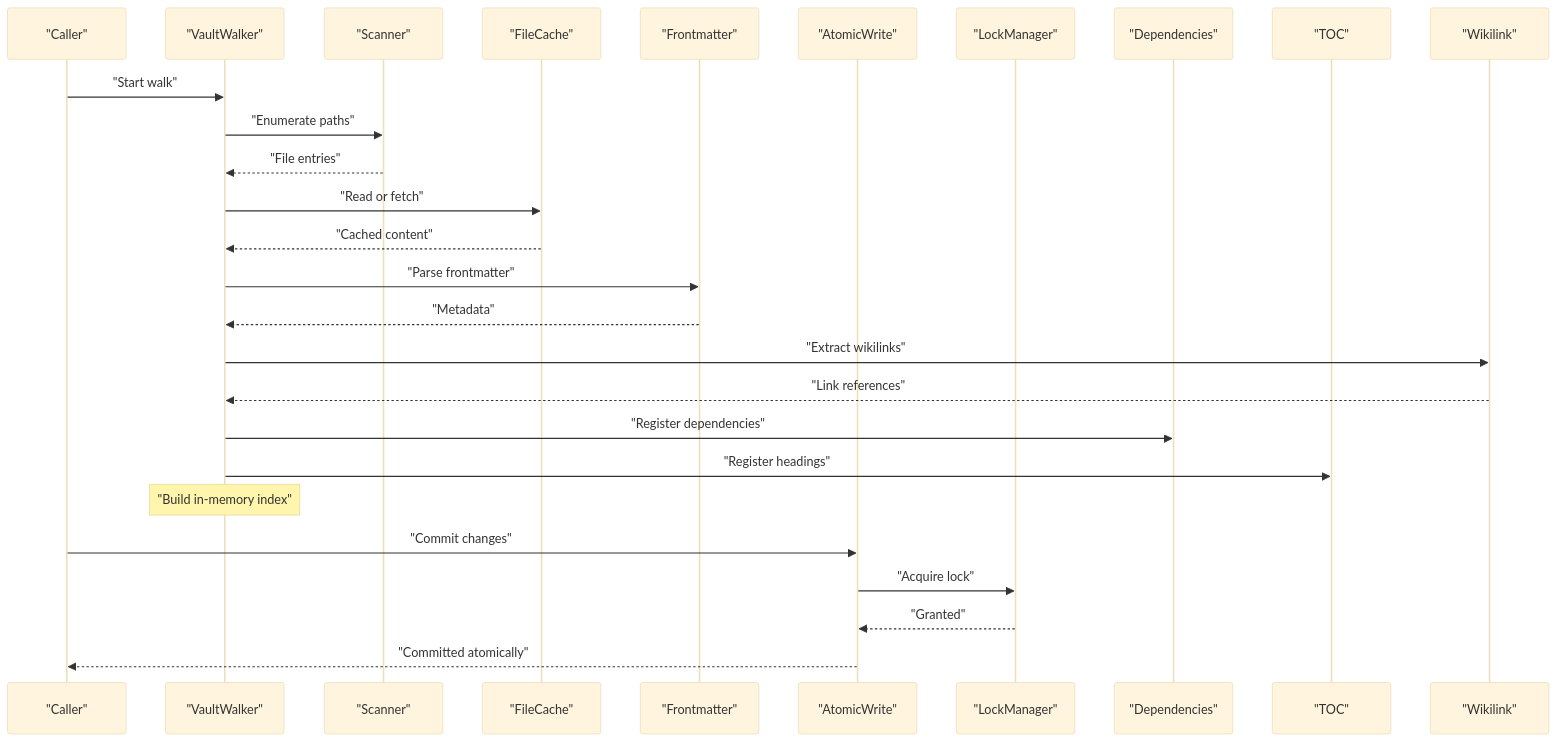
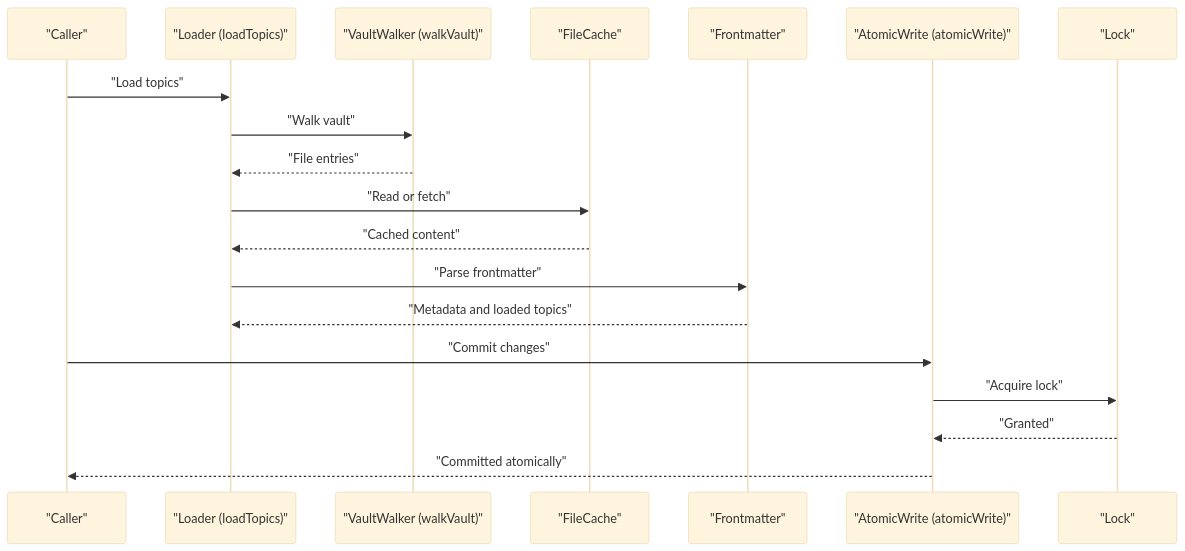
One commit to Kuldeep2822k/palee-architecture changed the second of 8 diagrams in Storage System/Storage System.md. Above: the diagram before and after it, drawn with Mermaid (base theme). The commit also changed other lines of this file and 7 other files, not shown here.

Commit message:
docs(storage): document real lock and atomic-write behaviour

````diff
--- a/Storage System/Storage System.md
+++ b/Storage System/Storage System.md
@@ -150,30 +130,22 @@
 ```mermaid
 sequenceDiagram
   participant Client as "Caller"
-  participant Walker as "VaultWalker"
-  participant Scanner as "Scanner"
+  participant Loader as "Loader (loadTopics)"
+  participant Walker as "VaultWalker (walkVault)"
   participant Cache as "FileCache"
   participant FM as "Frontmatter"
-  participant AW as "AtomicWrite"
-  participant Lock as "LockManager"
-  participant Deps as "Dependencies"
-  participant Toc as "TOC"
-  participant WL as "Wikilink"
+  participant AW as "AtomicWrite (atomicWrite)"
+  participant Lock as "Lock"
 
-  Client->>Walker: "Start walk"
-  Walker->>Scanner: "Enumerate paths"
-  Scanner-->>Walker: "File entries"
-  Walker->>Cache: "Read or fetch"
-  Cache-->>Walker: "Cached content"
-  Walker->>FM: "Parse frontmatter"
-  FM-->>Walker: "Metadata"
-  Walker->>WL: "Extract wikilinks"
-  WL-->>Walker: "Link references"
-  Walker->>Deps: "Register dependencies"
-  Walker->>Toc: "Register headings"
-  Note over Walker: "Build in-memory index"
+  Client->>Loader: "Load topics"
+  Loader->>Walker: "Walk vault"
+  Walker-->>Loader: "File entries"
+  Loader->>Cache: "Read or fetch"
+  Cache-->>Loader: "Cached content"
+  Loader->>FM: "Parse frontmatter"
+  FM-->>Loader: "Metadata and loaded topics"
   Client->>AW: "Commit changes"
   AW->>Lock: "Acquire lock"
   Lock-->>AW: "Granted"
   AW-->>Client: "Committed atomically"
 ```
````
